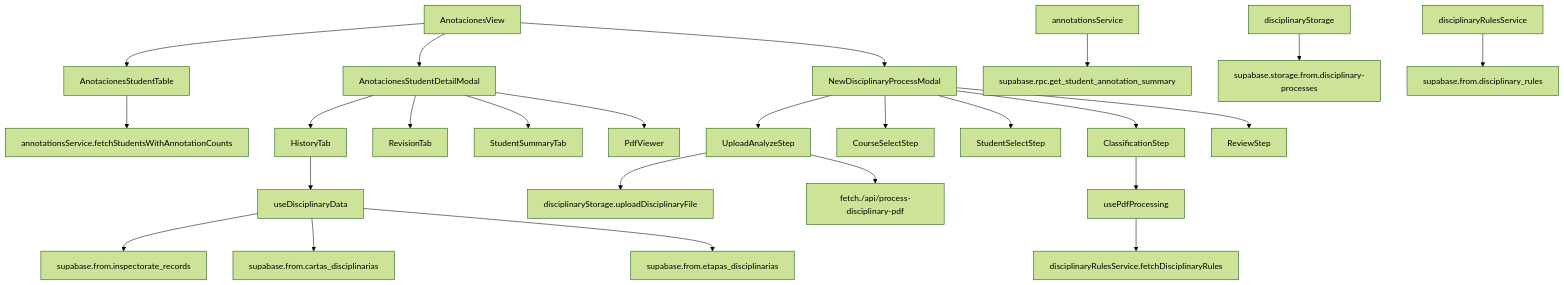
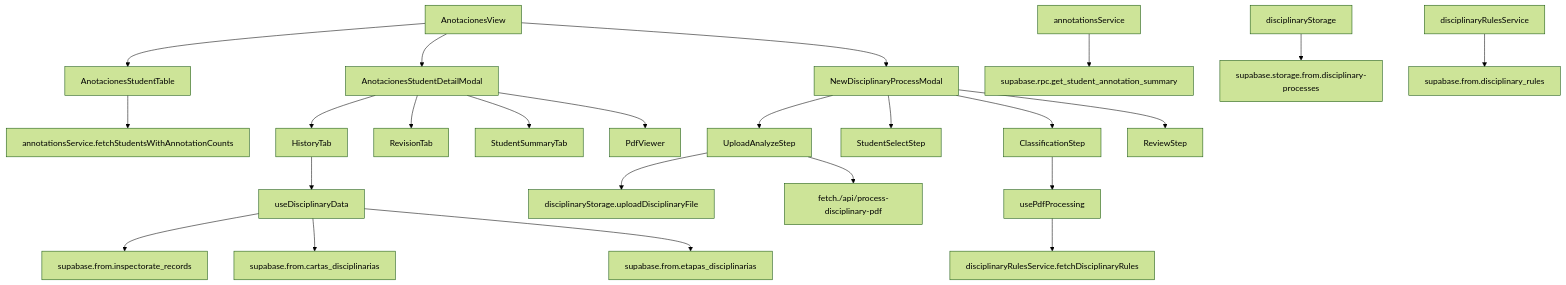
Before and after one commit to Hluengo/sistema-integral-convivencia-escolar: the third of 6 diagrams in docs/dependency-graph/01-components-services.md, drawn with Mermaid (forest theme). The commit also changed 207 other files, not shown here.

````diff
--- a/docs/dependency-graph/01-components-services.md
+++ b/docs/dependency-graph/01-components-services.md
@@ -61,32 +61,31 @@
 ```mermaid
 graph TD
     AnotacionesView --> AnotacionesStudentTable
     AnotacionesView --> AnotacionesStudentDetailModal
     AnotacionesView --> NewDisciplinaryProcessModal
 
     AnotacionesStudentTable --> annotationsService.fetchStudentsWithAnnotationCounts
     annotationsService --> supabase.rpc.get_student_annotation_summary
 
     AnotacionesStudentDetailModal --> HistoryTab
     AnotacionesStudentDetailModal --> RevisionTab
     AnotacionesStudentDetailModal --> StudentSummaryTab
     AnotacionesStudentDetailModal --> PdfViewer
     HistoryTab --> useDisciplinaryData
     useDisciplinaryData --> supabase.from.inspectorate_records
     useDisciplinaryData --> supabase.from.cartas_disciplinarias
     useDisciplinaryData --> supabase.from.etapas_disciplinarias
 
     NewDisciplinaryProcessModal --> UploadAnalyzeStep
-    NewDisciplinaryProcessModal --> CourseSelectStep
     NewDisciplinaryProcessModal --> StudentSelectStep
     NewDisciplinaryProcessModal --> ClassificationStep
     NewDisciplinaryProcessModal --> ReviewStep
 
     UploadAnalyzeStep --> disciplinaryStorage.uploadDisciplinaryFile
     UploadAnalyzeStep --> fetch./api/process-disciplinary-pdf
     disciplinaryStorage --> supabase.storage.from.disciplinary-processes
 
     ClassificationStep --> usePdfProcessing
     usePdfProcessing --> disciplinaryRulesService.fetchDisciplinaryRules
     disciplinaryRulesService --> supabase.from.disciplinary_rules
 ```
````
